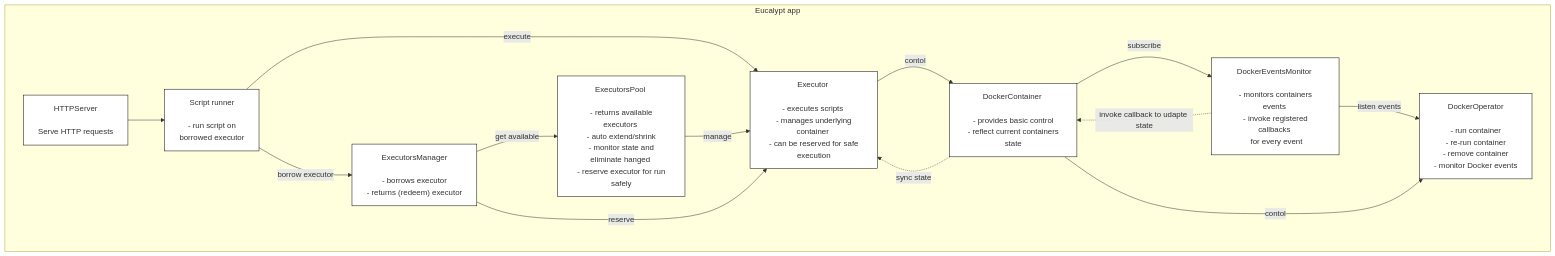
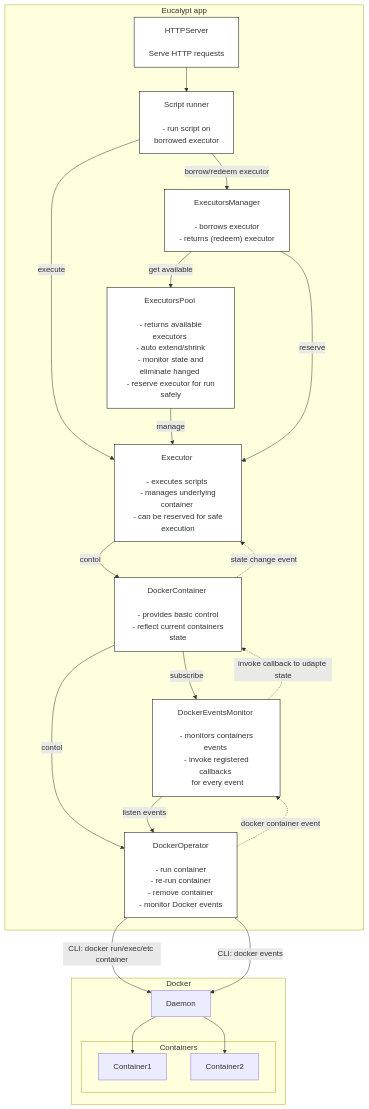
Before and after one commit to mchechulnikov/eucalypt: the second of 6 diagrams in README.md, drawn with Mermaid. The commit also changed other lines of this file, not shown here.

````diff
--- a/README.md
+++ b/README.md
@@ -150,29 +150,46 @@
 ``` mermaid
 graph TB
     subgraph Eucalypt app
         HTTPServer["HTTPServer <br/><br/> Serve HTTP requests"]:::Code
         ScriptRunner["Script runner <br/><br/> - run script on <br/> borrowed executor"]:::Code
         ExecutorsManager["ExecutorsManager <br/> <br/> - borrows executor <br/> - returns (redeem) executor"]:::Code
         ExecutorsPool["ExecutorsPool <br/><br/> - returns available executors <br/> - auto extend/shrink <br/> - monitor state and eliminate hanged <br/> - reserve executor for run safely "]:::Code
         Executor["Executor <br/><br/>- executes scripts <br/> - manages underlying container <br/> - can be reserved for safe execution"]:::Code
         DockerEventsMonitor["DockerEventsMonitor <br/><br/> - monitors containers events <br/> - invoke registered callbacks <br/> for every event"]:::Code
         DockerContainer["DockerContainer <br/><br/> - provides basic control <br/> - reflect current containers state"]:::Code
         DockerOperator["DockerOperator <br/><br/> - run container <br/> - re-run container <br/> - remove container <br/> - monitor Docker events"]:::Code
         
 
-        HTTPServer --> ScriptRunner -- borrow executor --> ExecutorsManager
+        HTTPServer --> ScriptRunner -- borrow/redeem executor --> ExecutorsManager
         ExecutorsManager -- get available --> ExecutorsPool
         ScriptRunner -- execute --> Executor
         ExecutorsPool -- manage --> Executor
         ExecutorsManager -- reserve --> Executor
         Executor -- contol --> DockerContainer
-        DockerContainer -. sync state .-> Executor
+        DockerContainer -. state change event .-> Executor
         DockerContainer -- subscribe --> DockerEventsMonitor
+        DockerContainer -- contol --> DockerOperator
         DockerEventsMonitor -. invoke callback to udapte state .-> DockerContainer
         DockerEventsMonitor -- listen events --> DockerOperator
-        DockerContainer -- contol --> DockerOperator
+        DockerOperator -. docker container event .-> DockerEventsMonitor
     end
+
+    DockerOperator -- CLI: docker run/exec/etc container--> Daemon
+    DockerOperator -- CLI: docker events--> Daemon
+
+    subgraph Docker 
+        Daemon
+
+        Daemon --> Container1
+        Daemon --> Container2
+
+        subgraph Containers
+            Container1
+            Container2
+        end
+    end
+
 
     classDef Code fill: white, stroke: black
     classDef Pool fill: white, stroke: black, stroke-dasharray: 5 5
 ```
````
